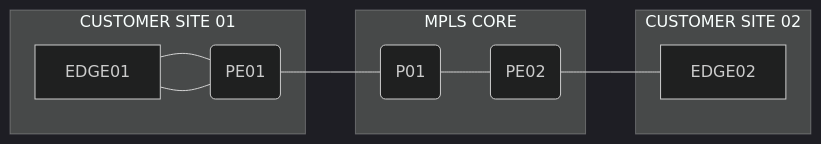
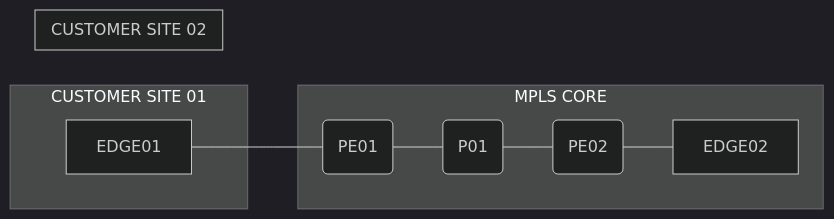
Before and after one commit to jnaranjom/iac_network_deployment: the diagram in diagrams/network_diagram.md, drawn with Mermaid (dark theme).

````diff
--- a/diagrams/network_diagram.md
+++ b/diagrams/network_diagram.md
@@ -7,14 +7,15 @@
 ```mermaid
 flowchart LR
   subgraph CUSTOMER SITE 01
-      A[EDGE01] --- B(PE01)
+      A[EDGE01]
   end
   subgraph MPLS CORE
-      A --- B
+      A --- B(PE01)
       B --- C(P01)
       C --- D(PE02)
+      D --- E
   end
   subgraph CUSTOMER SITE 02
-      D(PE02) --- E[EDGE02]
+      E[EDGE02]
   end
 ```
````
